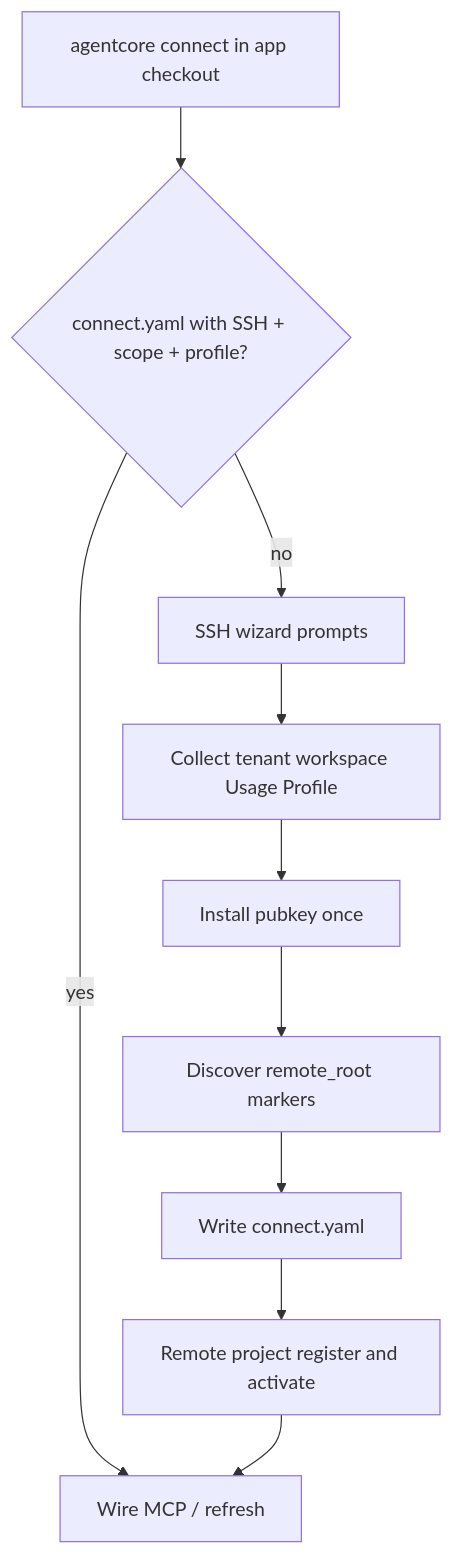
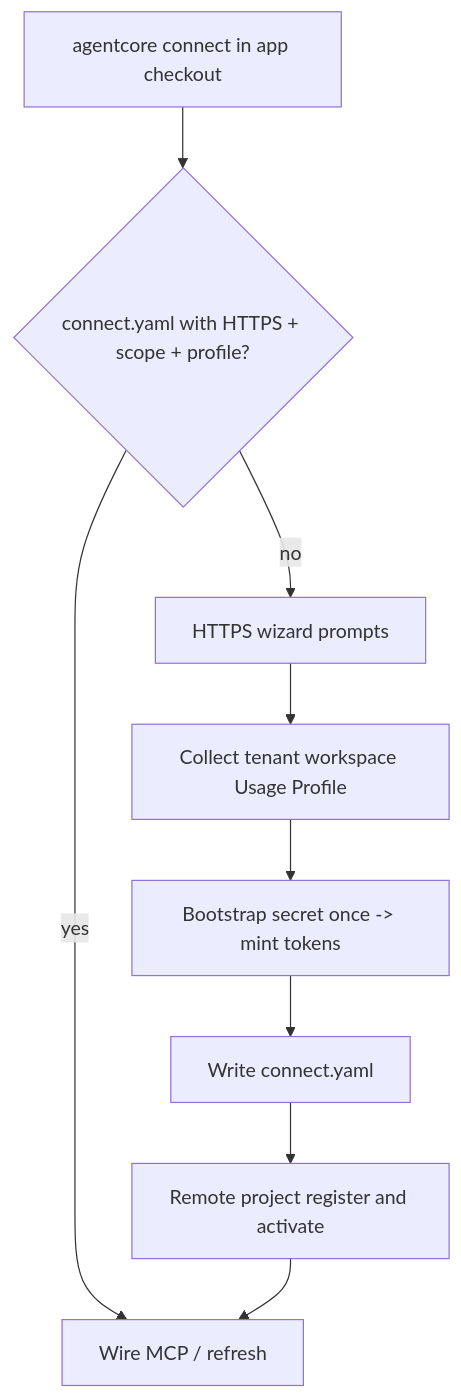
One commit to Mohammad-Mirasadollahi/AgentCore changed the second of 2 diagrams in docs/08-software-engineering-architecture/41-one-command-cross-platform-agent-onboarding-continued.md. Above: the diagram before and after it, drawn with Mermaid. The commit also changed other lines of this file and 104 other files, not shown here.

First line of the commit message:
Make AgentCore client paths HTTPS-only with hashed access tokens at rest.

````diff
--- a/docs/08-software-engineering-architecture/41-one-command-cross-platform-agent-onboarding-continued.md
+++ b/docs/08-software-engineering-architecture/41-one-command-cross-platform-agent-onboarding-continued.md
@@ -130,12 +124,11 @@
 ```mermaid
 flowchart TD
-  start[agentcore connect in app checkout] --> hasYaml{connect.yaml with SSH + scope + profile?}
+  start[agentcore connect in app checkout] --> hasYaml{connect.yaml with HTTPS + scope + profile?}
   hasYaml -->|yes| wire[Wire MCP / refresh]
-  hasYaml -->|no| wizard[SSH wizard prompts]
+  hasYaml -->|no| wizard[HTTPS wizard prompts]
   wizard --> scope[Collect tenant workspace Usage Profile]
-  scope --> key[Install pubkey once]
-  key --> root[Discover remote_root markers]
-  root --> write[Write connect.yaml]
+  scope --> bootstrap[Bootstrap secret once -> mint tokens]
+  bootstrap --> write[Write connect.yaml]
   write --> reg[Remote project register and activate]
   reg --> wire
 ```
````
